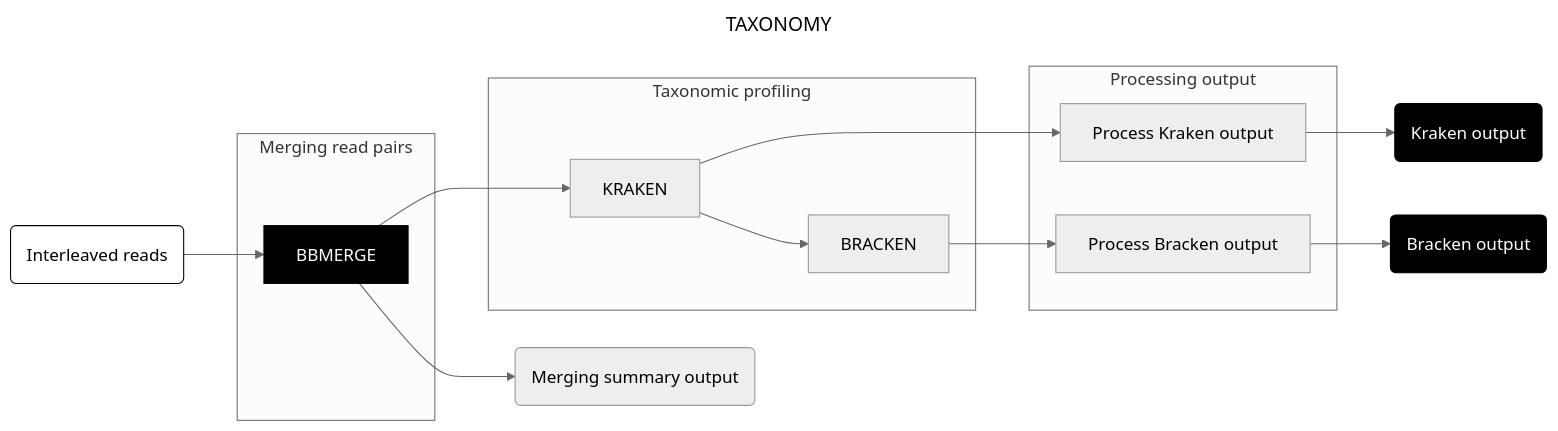
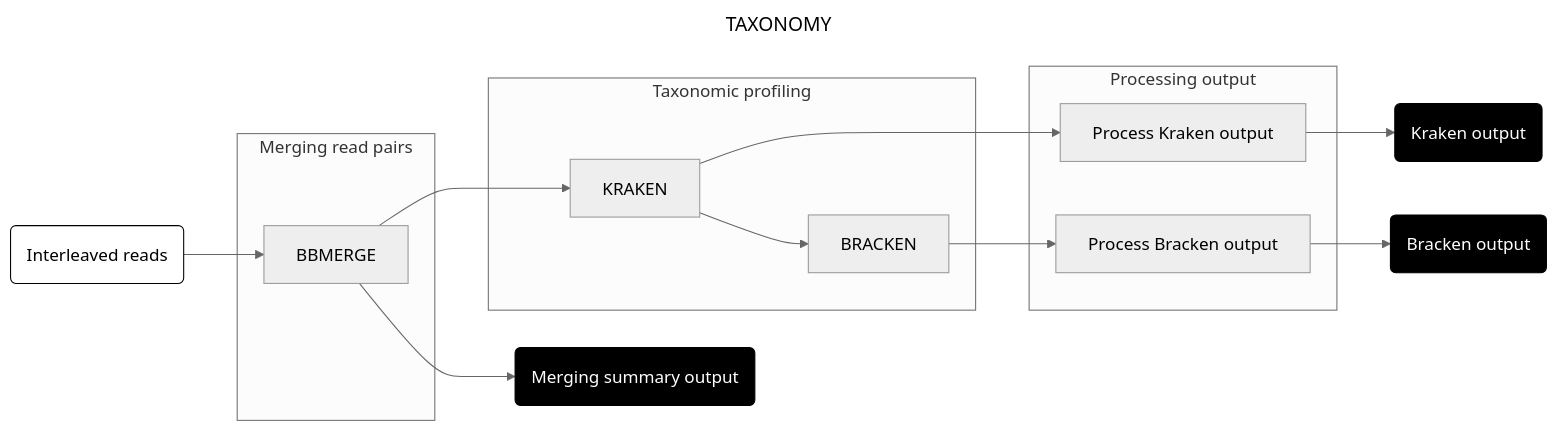
Before and after one commit to naobservatory/mgs-workflow: the third of 8 diagrams in docs/run.md, drawn with Mermaid (neutral theme). The commit also changed other lines of this file, not shown here.

````diff
--- a/docs/run.md
+++ b/docs/run.md
@@ -88,31 +88,31 @@
 ```mermaid
 ---
 title: TAXONOMY
 config:
   layout: horizontal
 ---
 flowchart LR
 A(Interleaved reads) --> B[BBMERGE]
 B --> C(Merging summary output)
 B --> D[KRAKEN]
 D --> E[Process Kraken output]
 E --> F(Kraken output)
 D --> G[BRACKEN]
 G --> H[Process Bracken output]
 H --> I(Bracken output)
 subgraph "Merging read pairs"
 B
 end
 subgraph "Taxonomic profiling"
 D
 G
 end
 subgraph "Processing output"
 E
 H
 end
 style A fill:#fff,stroke:#000
-style B fill:#000,color:#fff,stroke:#000
+style C fill:#000,color:#fff,stroke:#000
 style F fill:#000,color:#fff,stroke:#000
 style I fill:#000,color:#fff,stroke:#000
 ```
````
